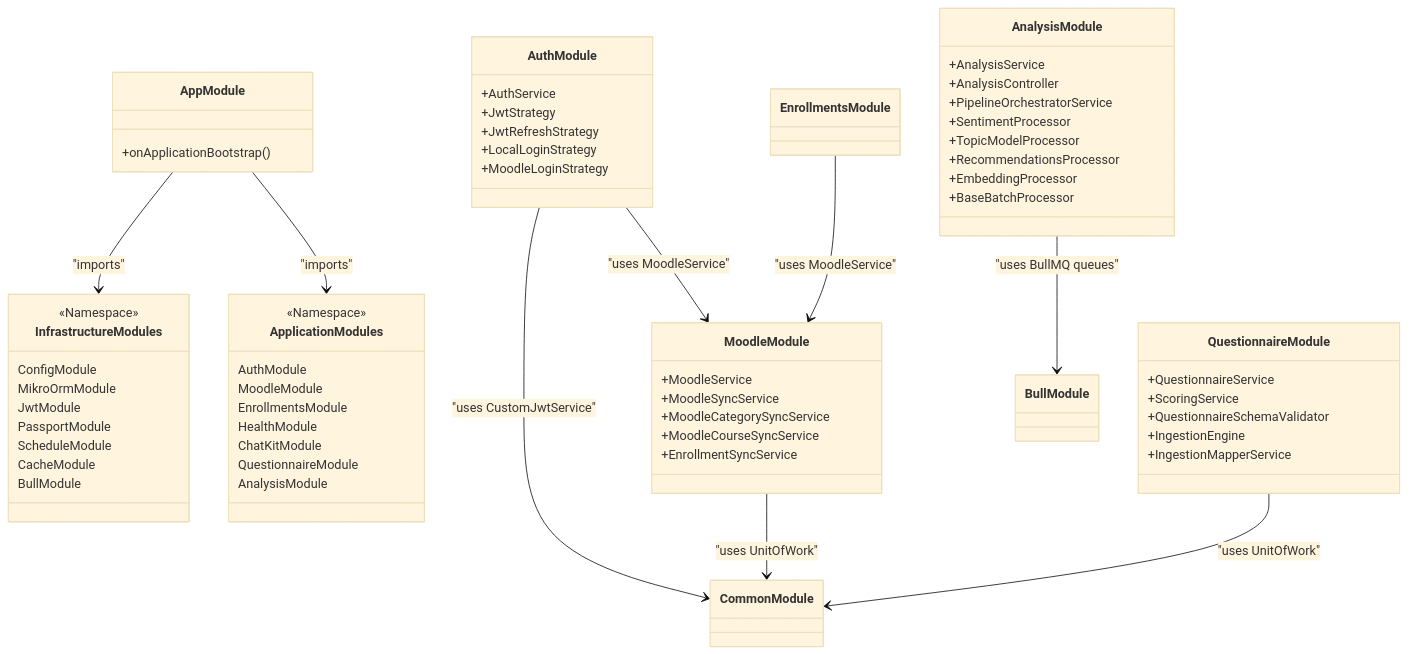
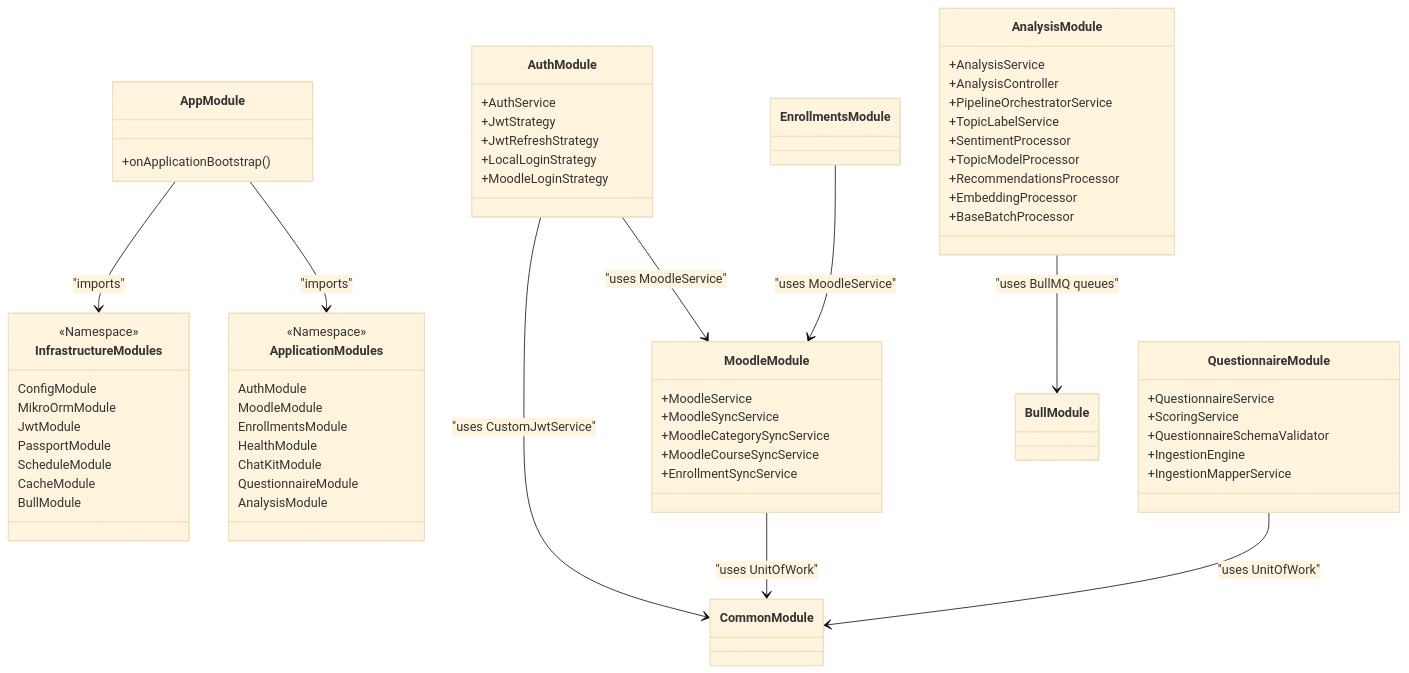
The diagram in docs/architecture/core-components.md (CtrlAltElite-Devs/api.faculytics), drawn with Mermaid (base theme) before and after one commit. The commit also changed other lines of this file and 10 other files, not shown here.

First line of the commit message:
FAC-52 feat: add topic labeling pipeline step with LLM-based label generation

````diff
--- a/docs/architecture/core-components.md
+++ b/docs/architecture/core-components.md
@@ -30,71 +30,72 @@
 ```mermaid
 classDiagram
     class AppModule {
         +onApplicationBootstrap()
     }
     class InfrastructureModules {
         <<Namespace>>
         ConfigModule
         MikroOrmModule
         JwtModule
         PassportModule
         ScheduleModule
         CacheModule
         BullModule
     }
     class ApplicationModules {
         <<Namespace>>
         AuthModule
         MoodleModule
         EnrollmentsModule
         HealthModule
         ChatKitModule
         QuestionnaireModule
         AnalysisModule
     }
 
     AppModule --> InfrastructureModules : "imports"
     AppModule --> ApplicationModules : "imports"
 
     AuthModule --> MoodleModule : "uses MoodleService"
     AuthModule --> CommonModule : "uses CustomJwtService"
     MoodleModule --> CommonModule : "uses UnitOfWork"
     EnrollmentsModule --> MoodleModule : "uses MoodleService"
     QuestionnaireModule --> CommonModule : "uses UnitOfWork"
     AnalysisModule --> BullModule : "uses BullMQ queues"
 
     class AnalysisModule {
         +AnalysisService
         +AnalysisController
         +PipelineOrchestratorService
+        +TopicLabelService
         +SentimentProcessor
         +TopicModelProcessor
         +RecommendationsProcessor
         +EmbeddingProcessor
         +BaseBatchProcessor
     }
 
     class MoodleModule {
         +MoodleService
         +MoodleSyncService
         +MoodleCategorySyncService
         +MoodleCourseSyncService
         +EnrollmentSyncService
     }
 
     class AuthModule {
         +AuthService
         +JwtStrategy
         +JwtRefreshStrategy
         +LocalLoginStrategy
         +MoodleLoginStrategy
     }
 
     class QuestionnaireModule {
         +QuestionnaireService
         +ScoringService
         +QuestionnaireSchemaValidator
         +IngestionEngine
         +IngestionMapperService
     }
 ```
````
